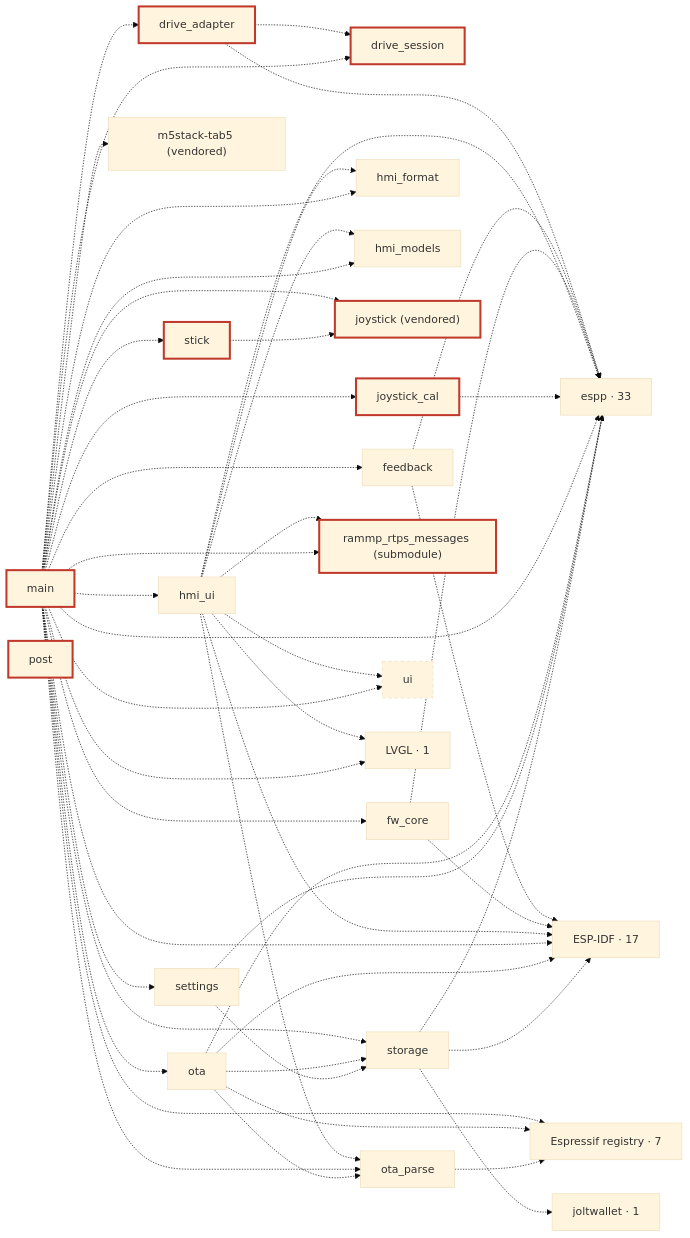
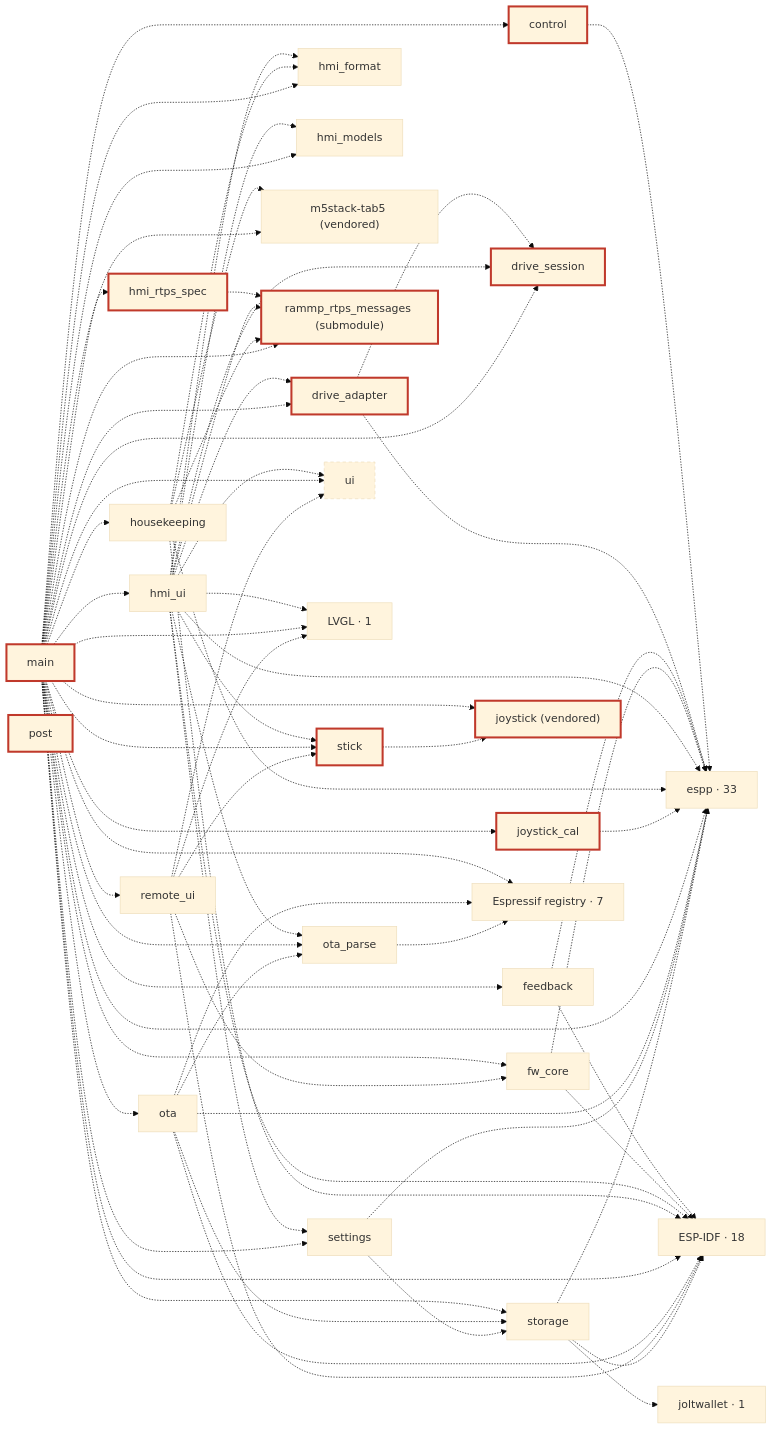
Before and after one commit to rammp-org/pace-hmi-fw: the third of 3 diagrams in docs/architecture.md, drawn with Mermaid (base theme). The commit also changed other lines of this file and 15 other files, not shown here.

````diff
--- a/docs/architecture.md
+++ b/docs/architecture.md
@@ -163,12 +163,15 @@
 ```mermaid
 flowchart LR
+  c_control["control"]:::safety
   c_drive_adapter["drive_adapter"]:::safety
   c_drive_session["drive_session"]:::safety
   c_feedback["feedback"]
   c_fw_core["fw_core"]
   c_hmi_format["hmi_format"]
   c_hmi_models["hmi_models"]
+  c_hmi_rtps_spec["hmi_rtps_spec"]:::safety
   c_hmi_ui["hmi_ui"]
+  c_housekeeping["housekeeping"]
   c_joystick["joystick (vendored)"]:::safety
   c_joystick_cal["joystick_cal"]:::safety
   c_m5stack_tab5["m5stack-tab5 (vendored)"]
@@ -177,43 +180,59 @@
   c_ota_parse["ota_parse"]
   c_post["post"]:::safety
   c_rammp_rtps_messages["rammp_rtps_messages (submodule)"]:::safety
+  c_remote_ui["remote_ui"]
   c_settings["settings"]
   c_stick["stick"]:::safety
   c_storage["storage"]
   c_ui["ui"]:::gen
-  g_ESP_IDF["ESP-IDF · 17"]
+  g_ESP_IDF["ESP-IDF · 18"]
   g_espp["espp · 33"]
   g_Espressif_registry["Espressif registry · 7"]
   g_joltwallet["joltwallet · 1"]
   g_LVGL["LVGL · 1"]
+  c_control -.-> g_espp
   c_drive_adapter -.-> c_drive_session
   c_drive_adapter -.-> g_espp
   c_feedback -.-> g_ESP_IDF
   c_feedback -.-> g_espp
   c_fw_core -.-> g_ESP_IDF
   c_fw_core -.-> g_espp
+  c_hmi_rtps_spec -.-> c_rammp_rtps_messages
+  c_hmi_ui -.-> c_drive_adapter
+  c_hmi_ui -.-> c_drive_session
   c_hmi_ui -.-> c_hmi_format
   c_hmi_ui -.-> c_hmi_models
   c_hmi_ui -.-> c_ota_parse
   c_hmi_ui -.-> c_rammp_rtps_messages
+  c_hmi_ui -.-> c_settings
+  c_hmi_ui -.-> c_stick
   c_hmi_ui -.-> c_ui
   c_hmi_ui -.-> g_ESP_IDF
   c_hmi_ui -.-> g_espp
   c_hmi_ui -.-> g_LVGL
+  c_housekeeping -.-> c_hmi_format
+  c_housekeeping -.-> c_m5stack_tab5
+  c_housekeeping -.-> c_rammp_rtps_messages
+  c_housekeeping -.-> g_ESP_IDF
+  c_housekeeping -.-> g_espp
   c_joystick_cal -.-> g_espp
+  c_main -.-> c_control
   c_main -.-> c_drive_adapter
   c_main -.-> c_drive_session
   c_main -.-> c_feedback
   c_main -.-> c_fw_core
   c_main -.-> c_hmi_format
   c_main -.-> c_hmi_models
+  c_main -.-> c_hmi_rtps_spec
   c_main -.-> c_hmi_ui
+  c_main -.-> c_housekeeping
   c_main -.-> c_joystick
   c_main -.-> c_joystick_cal
   c_main -.-> c_m5stack_tab5
   c_main -.-> c_ota
   c_main -.-> c_ota_parse
   c_main -.-> c_rammp_rtps_messages
+  c_main -.-> c_remote_ui
   c_main -.-> c_settings
   c_main -.-> c_stick
   c_main -.-> c_storage
@@ -228,6 +247,11 @@
   c_ota -.-> g_espp
   c_ota -.-> g_Espressif_registry
   c_ota_parse -.-> g_Espressif_registry
+  c_remote_ui -.-> c_fw_core
+  c_remote_ui -.-> c_stick
+  c_remote_ui -.-> c_ui
+  c_remote_ui -.-> g_ESP_IDF
+  c_remote_ui -.-> g_LVGL
   c_settings -.-> c_storage
   c_settings -.-> g_espp
   c_stick -.-> c_joystick
````
